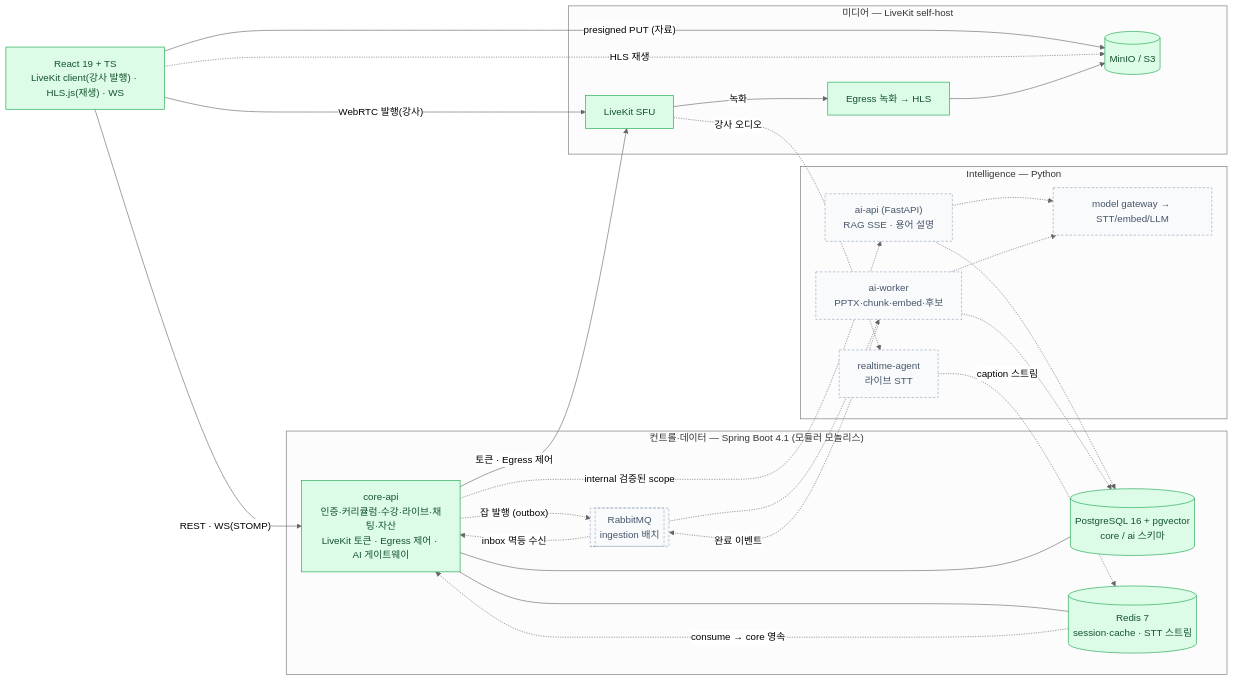
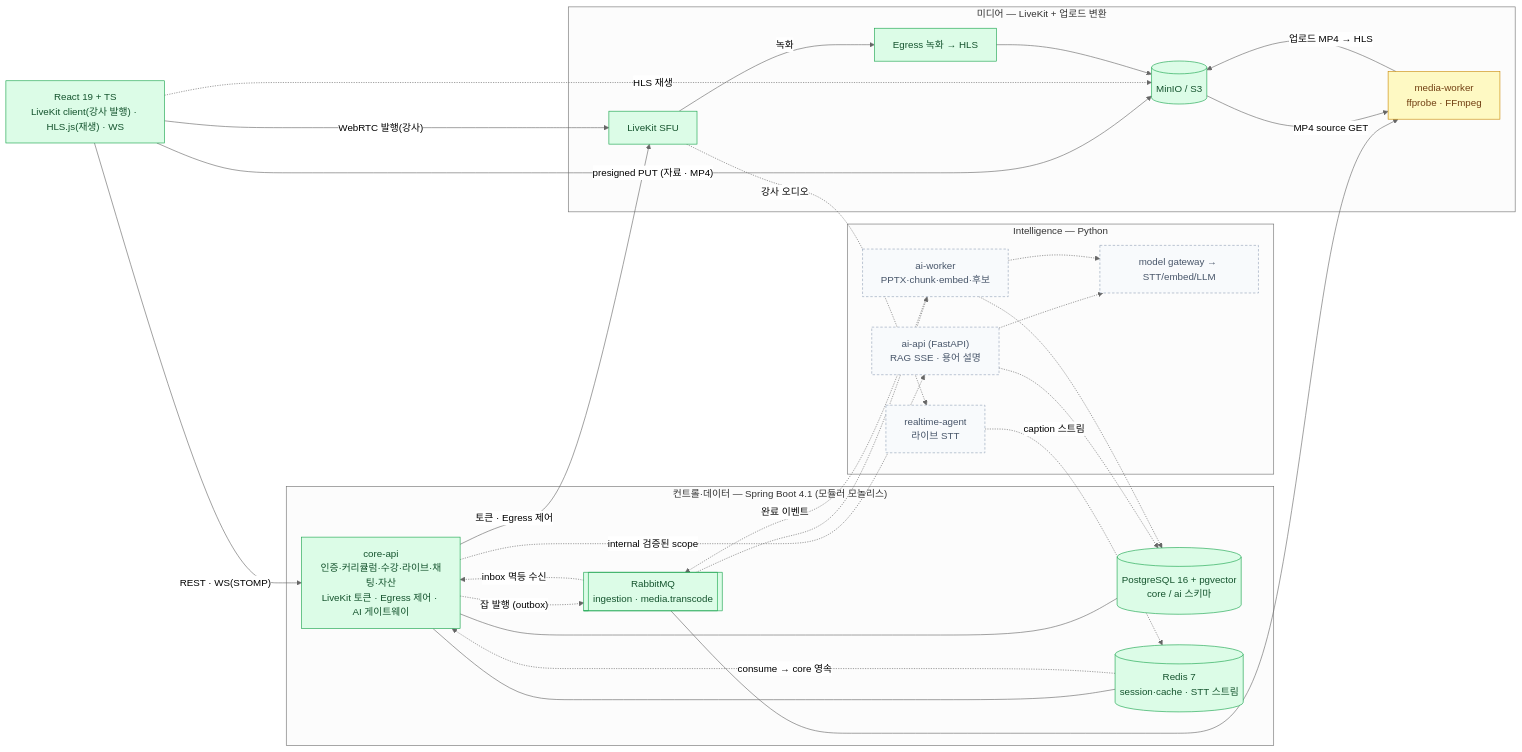
One commit to thdwjdrl401/jiphyeonjeon changed the first of 8 diagrams in docs/ARCHITECTURE.md. Above: the diagram before and after it, drawn with Mermaid (neutral theme). The commit also changed other lines of this file and 4 other files, not shown here.

````diff
--- a/docs/ARCHITECTURE.md
+++ b/docs/ARCHITECTURE.md
@@ -65,53 +64,58 @@
 ```mermaid
 flowchart LR
   classDef built fill:#dcfce7,stroke:#16a34a,color:#14532d
   classDef partial fill:#fef9c3,stroke:#ca8a04,color:#713f12
   classDef planned fill:#f8fafc,stroke:#94a3b8,color:#475569,stroke-dasharray:4 3
 
   FE["React 19 + TS<br/>LiveKit client(강사 발행) · HLS.js(재생) · WS"]
 
   subgraph CTRL["컨트롤·데이터 — Spring Boot 4.1 (모듈러 모놀리스)"]
     SP["core-api<br/>인증·커리큘럼·수강·라이브·채팅·자산<br/>LiveKit 토큰 · Egress 제어 · AI 게이트웨이"]
     PG[("PostgreSQL 16 + pgvector<br/>core / ai 스키마")]
     RD[("Redis 7<br/>session·cache · STT 스트림")]
-    MQ[["RabbitMQ<br/>ingestion 배치"]]
+    MQ[["RabbitMQ<br/>ingestion · media.transcode"]]
   end
 
   subgraph AI["Intelligence — Python"]
     AG["realtime-agent<br/>라이브 STT"]
     API["ai-api (FastAPI)<br/>RAG SSE · 용어 설명"]
     WK["ai-worker<br/>PPTX·chunk·embed·후보"]
     GW["model gateway → STT/embed/LLM"]
   end
 
-  subgraph MEDIA["미디어 — LiveKit self-host"]
+  subgraph MEDIA["미디어 — LiveKit + 업로드 변환"]
     LK["LiveKit SFU"]
     EG["Egress 녹화 → HLS"]
+    MW["media-worker<br/>ffprobe · FFmpeg"]
     OBJ[("MinIO / S3")]
   end
 
   FE -->|"REST · WS(STOMP)"| SP
   FE -->|"WebRTC 발행(강사)"| LK
-  FE -->|"presigned PUT (자료)"| OBJ
+  FE -->|"presigned PUT (자료 · MP4)"| OBJ
   FE -.->|"HLS 재생"| OBJ
   SP -->|"토큰 · Egress 제어"| LK
   SP --- PG
   SP --- RD
   SP -.->|"잡 발행 (outbox)"| MQ
   SP -.->|"internal 검증된 scope"| API
   MQ -.-> WK
+  MQ --> MW
   WK -.->|"완료 이벤트"| MQ
   MQ -.->|"inbox 멱등 수신"| SP
   LK -.->|"강사 오디오"| AG
   AG -.->|"caption 스트림"| RD
   RD -.->|"consume → core 영속"| SP
   LK -->|"녹화"| EG
   EG --> OBJ
+  OBJ -->|"MP4 source GET"| MW
+  MW -->|"업로드 MP4 → HLS"| OBJ
   API -.-> PG
   API -.-> GW
   WK -.-> GW
   WK -.-> PG
 
-  class FE,SP,PG,RD,LK,EG,OBJ built
-  class MQ,AG,API,WK,GW planned
+  class FE,SP,PG,RD,MQ,LK,EG,OBJ built
+  class MW partial
+  class AG,API,WK,GW planned
 ```
````
